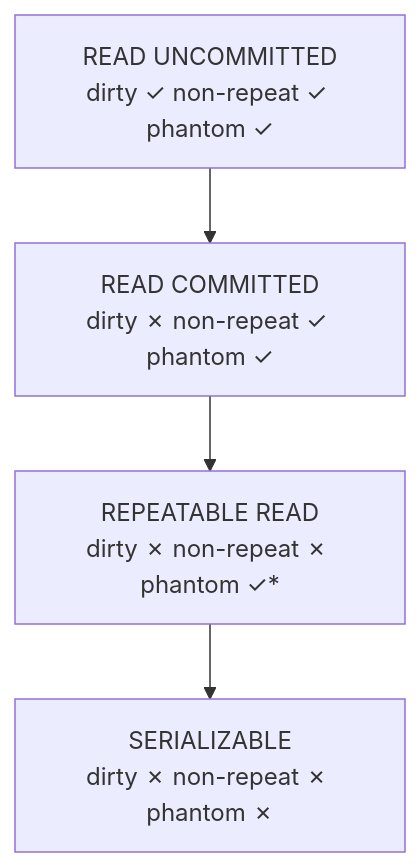
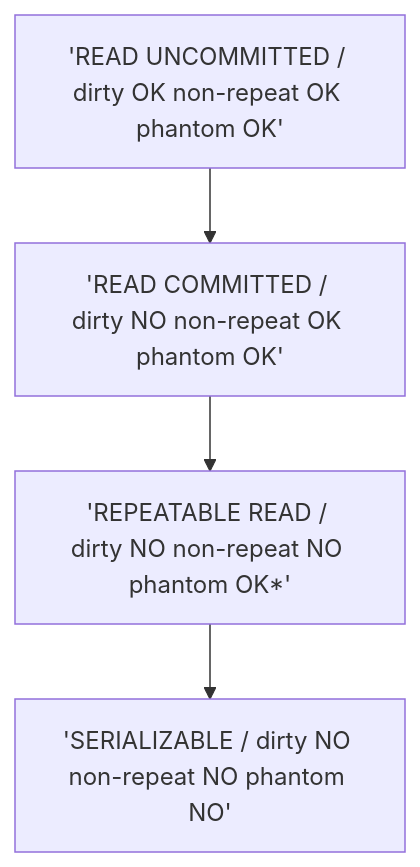
The seventh of 21 diagrams in 02-databases/README.md (hareramcse/SystemDesign), drawn with Mermaid before and after one commit. The commit also changed other lines of this file and 14 other files, not shown here.

````diff
--- a/02-databases/README.md
+++ b/02-databases/README.md
@@ -551,8 +551,8 @@
 ```mermaid
 flowchart TB
-    RU["READ UNCOMMITTED<br/>dirty ✓ non-repeat ✓ phantom ✓"]
-    RC["READ COMMITTED<br/>dirty ✗ non-repeat ✓ phantom ✓"]
-    RR["REPEATABLE READ<br/>dirty ✗ non-repeat ✗ phantom ✓*"]
-    SER["SERIALIZABLE<br/>dirty ✗ non-repeat ✗ phantom ✗"]
+    RU['READ UNCOMMITTED / dirty OK non-repeat OK phantom OK']
+    RC['READ COMMITTED / dirty NO non-repeat OK phantom OK']
+    RR['REPEATABLE READ / dirty NO non-repeat NO phantom OK*']
+    SER['SERIALIZABLE / dirty NO non-repeat NO phantom NO']
     RU --> RC --> RR --> SER
 ```
````
